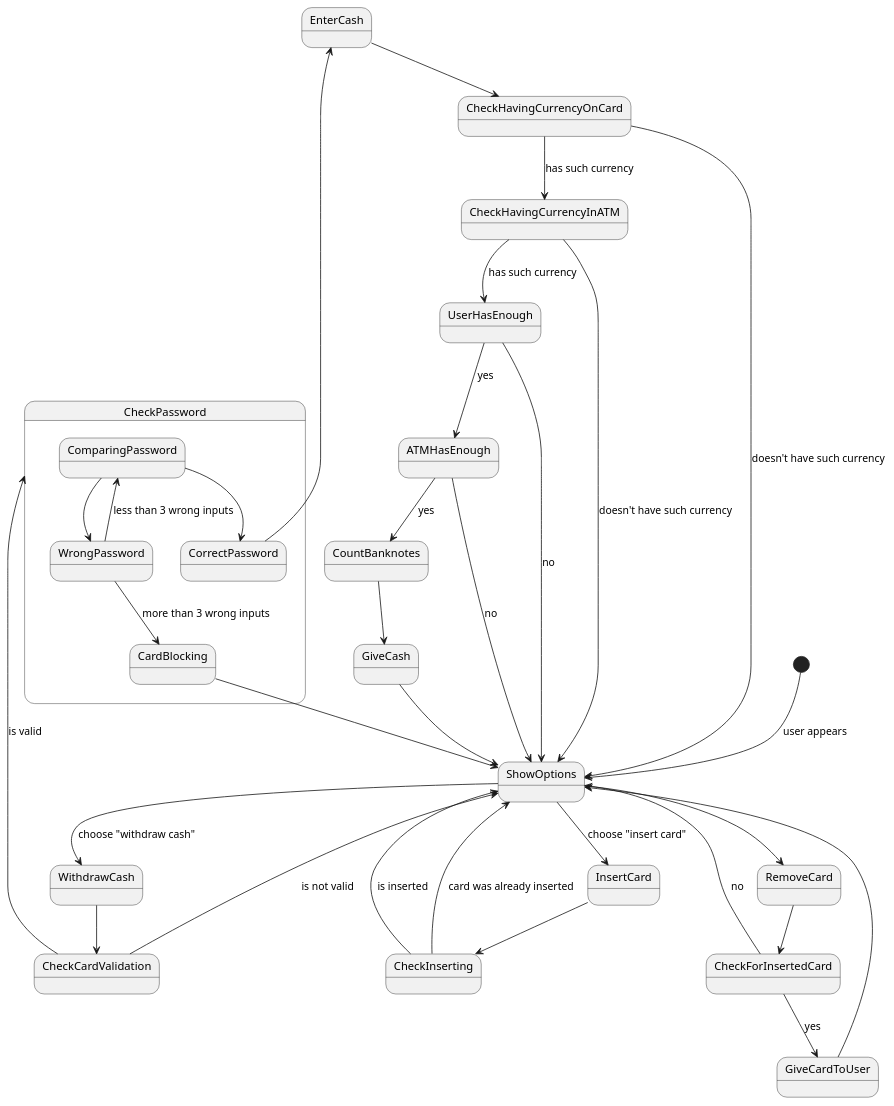
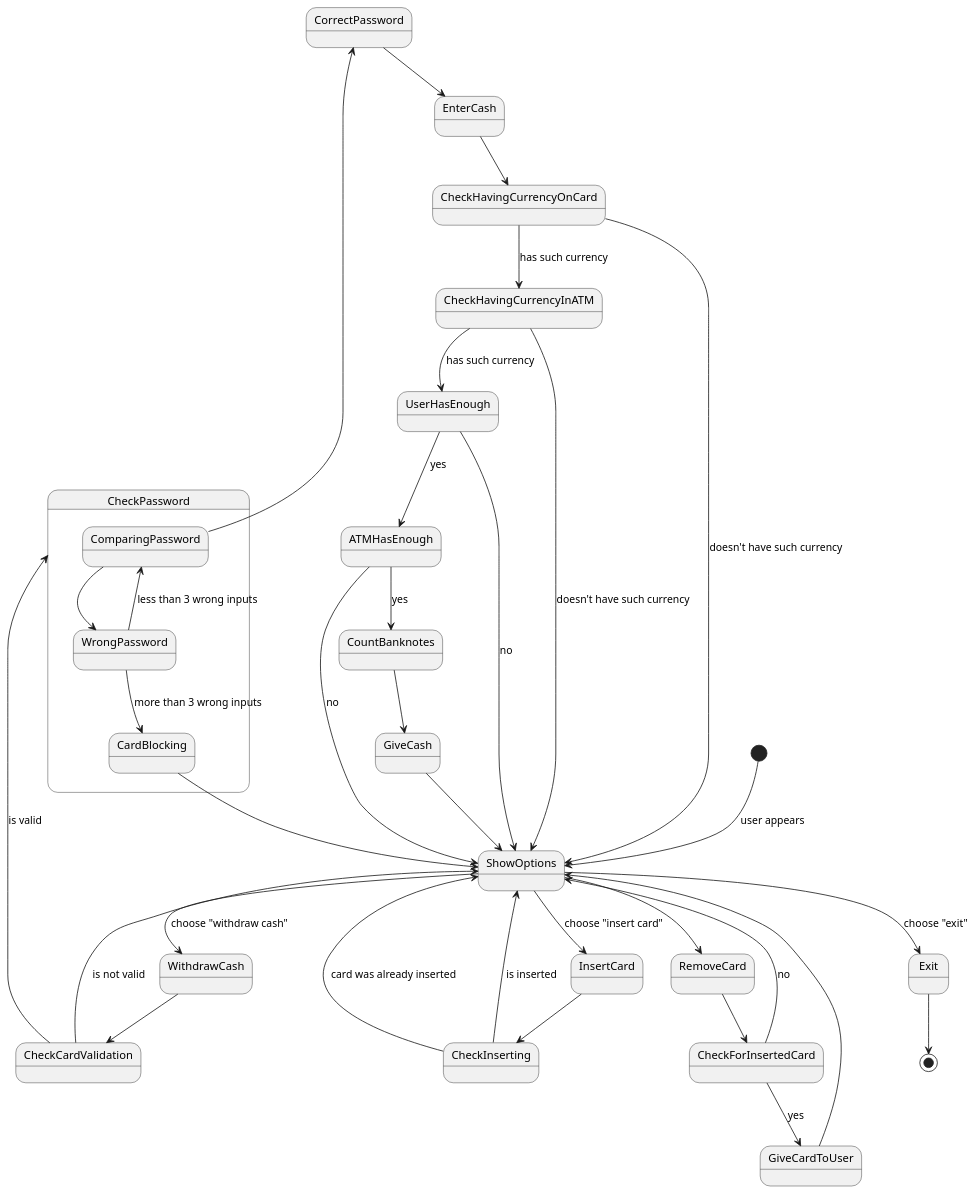
The diagram in 1/plantuml/states/withdraw_states.puml (anadeg/ISPP), drawn with PlantUML before and after one commit.

Commit message:
make withdraw state diagram

```diff
--- a/1/plantuml/states/withdraw_states.puml
+++ b/1/plantuml/states/withdraw_states.puml
@@ -1,49 +1,52 @@
 @startuml
 'https://plantuml.com/state-diagram
 
 [*] --> ShowOptions: user appears
 
 ShowOptions --> InsertCard: choose "insert card"
 InsertCard --> CheckInserting
 CheckInserting --> ShowOptions: card was already inserted
 CheckInserting --> ShowOptions: is inserted
 
 ShowOptions --> WithdrawCash:choose "withdraw cash"
 WithdrawCash --> CheckCardValidation
 
 CheckCardValidation --> CheckPassword: is valid
 CheckCardValidation --> ShowOptions: is not valid
 
 state CheckPassword{
 ComparingPassword --> WrongPassword
 WrongPassword --> ComparingPassword: less than 3 wrong inputs
 WrongPassword --> CardBlocking: more than 3 wrong inputs
 CardBlocking --> ShowOptions
+}
 
 ComparingPassword --> CorrectPassword
-}
 
 CorrectPassword --> EnterCash
 EnterCash --> CheckHavingCurrencyOnCard
 
 CheckHavingCurrencyOnCard --> ShowOptions: doesn't have such currency
 CheckHavingCurrencyOnCard --> CheckHavingCurrencyInATM: has such currency
 
 CheckHavingCurrencyInATM --> ShowOptions: doesn't have such currency
 CheckHavingCurrencyInATM --> UserHasEnough: has such currency
 
 UserHasEnough --> ShowOptions: no
 UserHasEnough --> ATMHasEnough: yes
 
 ATMHasEnough --> ShowOptions: no
 ATMHasEnough --> CountBanknotes: yes
 
 CountBanknotes --> GiveCash
 GiveCash --> ShowOptions
 
 ShowOptions --> RemoveCard
 RemoveCard --> CheckForInsertedCard
 CheckForInsertedCard --> GiveCardToUser: yes
 GiveCardToUser --> ShowOptions
 CheckForInsertedCard --> ShowOptions: no
+
+ShowOptions --> Exit: choose "exit"
+Exit --> [*]
 @enduml
```
